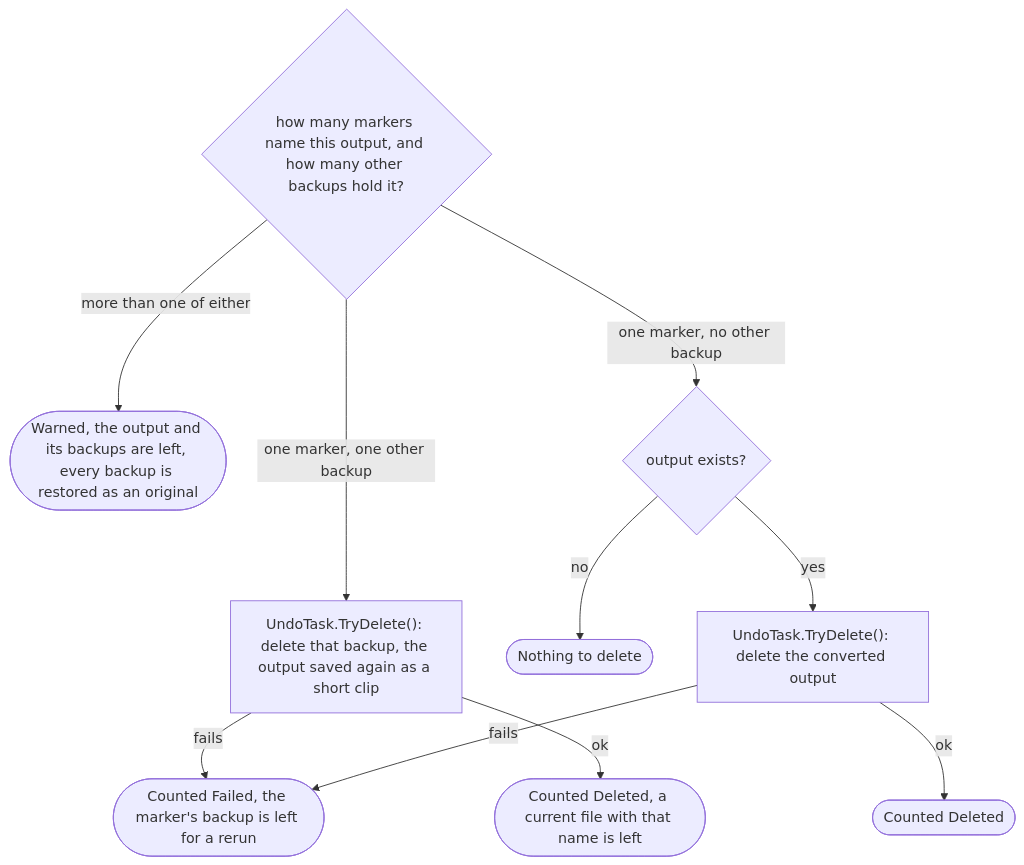
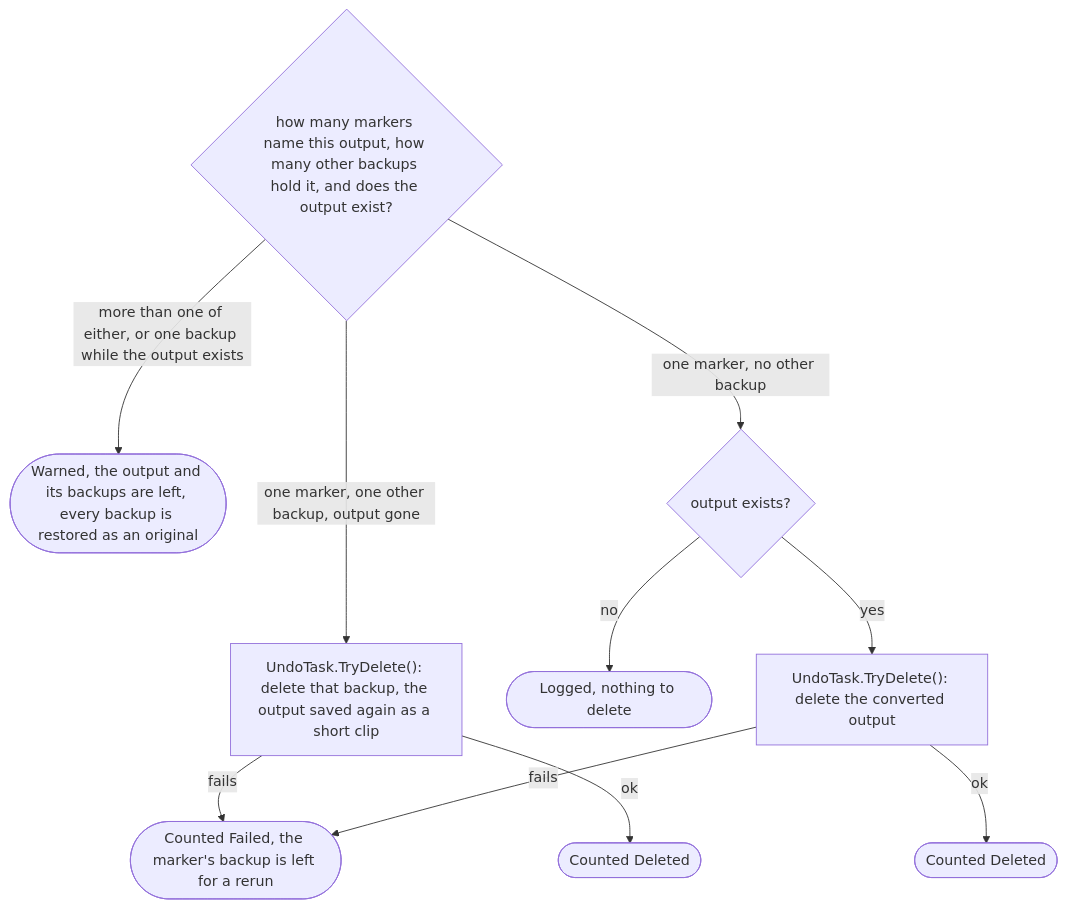
Diagram 20 of 23 in ARCHITECTURE.md (ptr727/PhotoCleaner), drawn with Mermaid before and after one commit. The commit also changed other lines of this file and 4 other files, not shown here.

First line of the commit message:
Keep an Original When Its Name Holds a Live Output, and Reserve Base Names

````diff
--- a/ARCHITECTURE.md
+++ b/ARCHITECTURE.md
@@ -1001,13 +1001,13 @@
 ```mermaid
 flowchart TD
-  C1{"how many markers name this output, and how many other backups hold it?"}
-  C1 -->|"more than one of either"| C2(["Warned, the output and its backups are left, every backup is restored as an original"])
-  C1 -->|"one marker, one other backup"| C3["UndoTask.TryDelete(): delete that backup, the output saved again as a short clip"]
+  C1{"how many markers name this output, how many other backups hold it, and does the output exist?"}
+  C1 -->|"more than one of either, or one backup while the output exists"| C2(["Warned, the output and its backups are left, every backup is restored as an original"])
+  C1 -->|"one marker, one other backup, output gone"| C3["UndoTask.TryDelete(): delete that backup, the output saved again as a short clip"]
   C3 -->|"fails"| C4(["Counted Failed, the marker's backup is left for a rerun"])
-  C3 -->|"ok"| C5(["Counted Deleted, a current file with that name is left"])
+  C3 -->|"ok"| C5(["Counted Deleted"])
   C1 -->|"one marker, no other backup"| C6{"output exists?"}
-  C6 -->|"no"| C7(["Nothing to delete"])
+  C6 -->|"no"| C7(["Logged, nothing to delete"])
   C6 -->|"yes"| C8["UndoTask.TryDelete(): delete the converted output"]
   C8 -->|"fails"| C4
   C8 -->|"ok"| C9(["Counted Deleted"])
 ```
````
